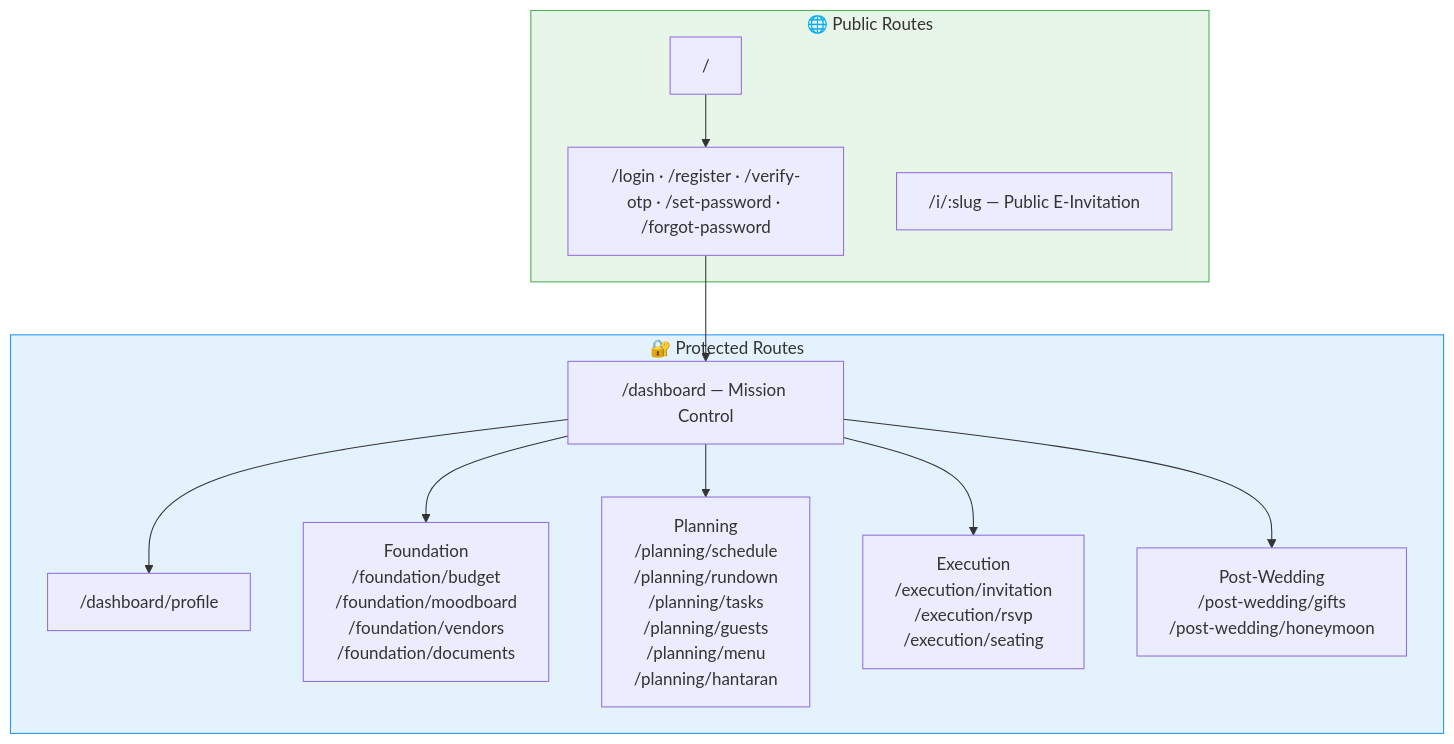
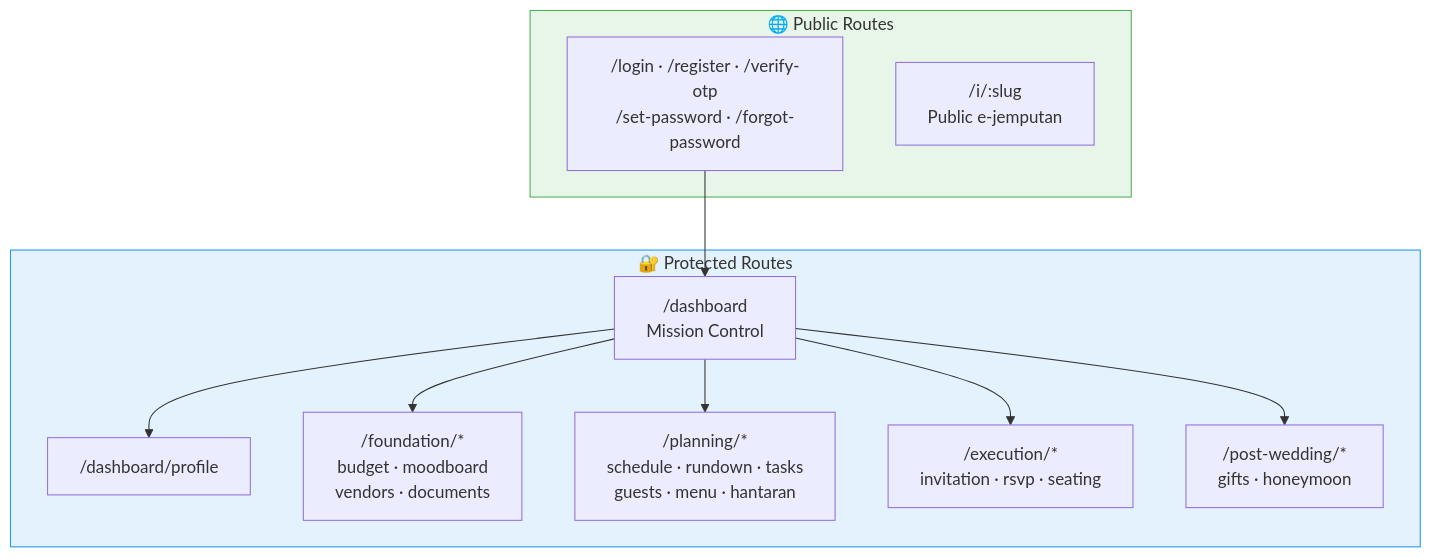
The fifth of 17 diagrams in portfolio-react/public/docs/planluhh.md (snsyaqirah/snsyaqirah.github.io), drawn with Mermaid before and after one commit. The commit also changed other lines of this file and 101 other files, not shown here.

````diff
--- a/portfolio-react/public/docs/planluhh.md
+++ b/portfolio-react/public/docs/planluhh.md
@@ -166,26 +185,24 @@
 ```mermaid
 graph TD
     subgraph Public ["🌐 Public Routes"]
-        ROOT["/"]
-        AUTH["/login · /register · /verify-otp · /set-password · /forgot-password"]
-        INV["/i/:slug — Public E-Invitation"]
+        AUTH["/login · /register · /verify-otp<br/>/set-password · /forgot-password"]
+        INV["/i/:slug<br/>Public e-jemputan"]
     end
     subgraph Protected ["🔐 Protected Routes"]
-        DASH["/dashboard — Mission Control"]
+        DASH["/dashboard<br/>Mission Control"]
         PROF["/dashboard/profile"]
-        FOUND["Foundation\n/foundation/budget\n/foundation/moodboard\n/foundation/vendors\n/foundation/documents"]
-        PLAN["Planning\n/planning/schedule\n/planning/rundown\n/planning/tasks\n/planning/guests\n/planning/menu\n/planning/hantaran"]
-        EXEC["Execution\n/execution/invitation\n/execution/rsvp\n/execution/seating"]
-        POST["Post-Wedding\n/post-wedding/gifts\n/post-wedding/honeymoon"]
+        FOUND["/foundation/*<br/>budget · moodboard<br/>vendors · documents"]
+        PLAN["/planning/*<br/>schedule · rundown · tasks<br/>guests · menu · hantaran"]
+        EXEC["/execution/*<br/>invitation · rsvp · seating"]
+        POST["/post-wedding/*<br/>gifts · honeymoon"]
     end
-    ROOT --> AUTH
     AUTH --> DASH
     DASH --> FOUND
     DASH --> PLAN
     DASH --> EXEC
     DASH --> POST
     DASH --> PROF
 
     style Public fill:#e8f5e9,stroke:#4caf50
     style Protected fill:#e3f2fd,stroke:#2196f3
 ```
````
